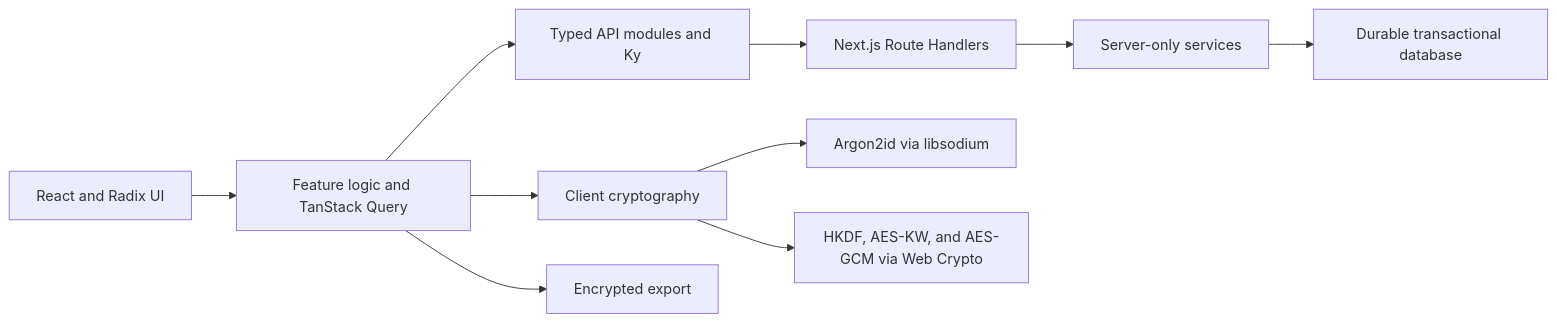
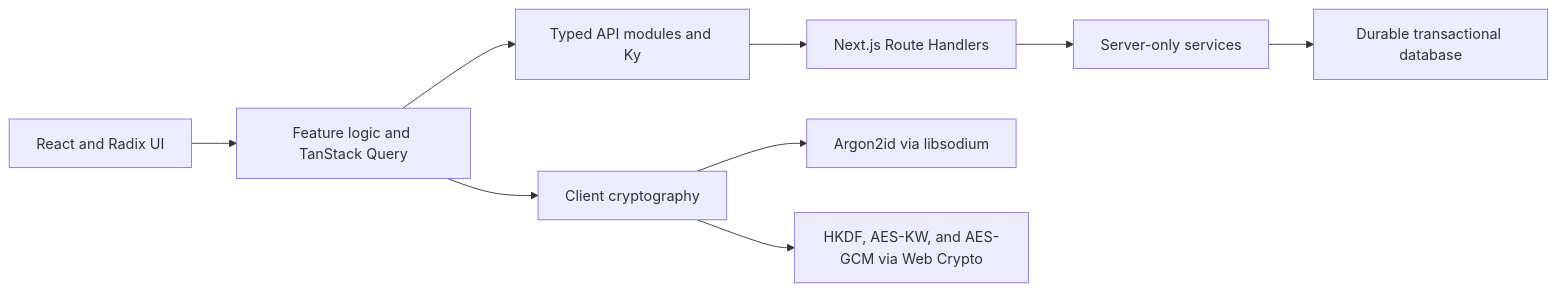
Before and after one commit to santiagoa58/blind-journal: the diagram in README.md, drawn with Mermaid. The commit also changed other lines of this file and 2 other files, not shown here.

````diff
--- a/README.md
+++ b/README.md
@@ -188,13 +196,12 @@
 ```mermaid
 flowchart LR
     UI["React and Radix UI"] --> State["Feature logic and TanStack Query"]
     State --> API["Typed API modules and Ky"]
     API --> Routes["Next.js Route Handlers"]
     Routes --> Services["Server-only services"]
     Services --> Database["Durable transactional database"]
 
     State --> Crypto["Client cryptography"]
     Crypto --> Sodium["Argon2id via libsodium"]
     Crypto --> WebCrypto["HKDF, AES-KW, and AES-GCM via Web Crypto"]
-    State --> Export["Encrypted export"]
 ```
````
